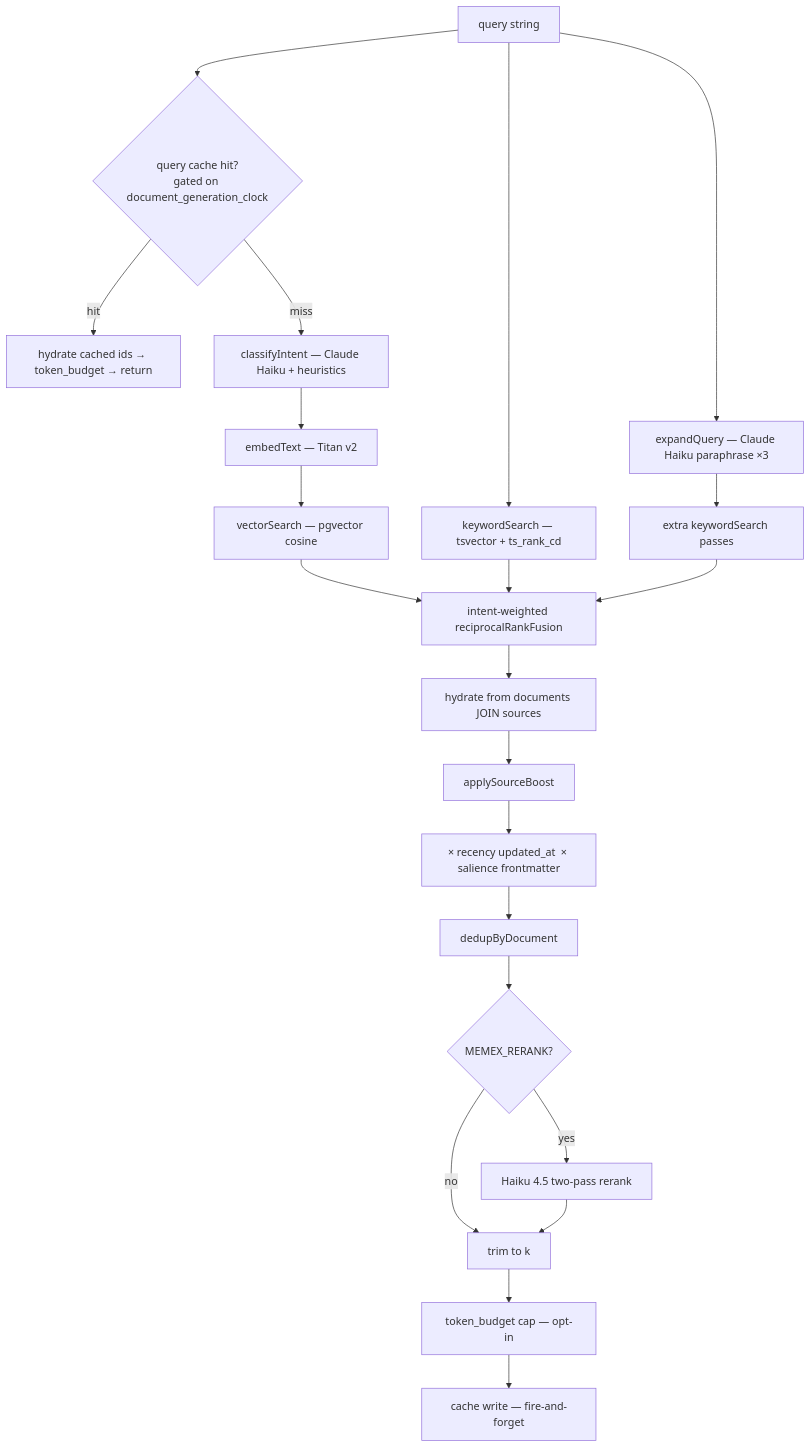
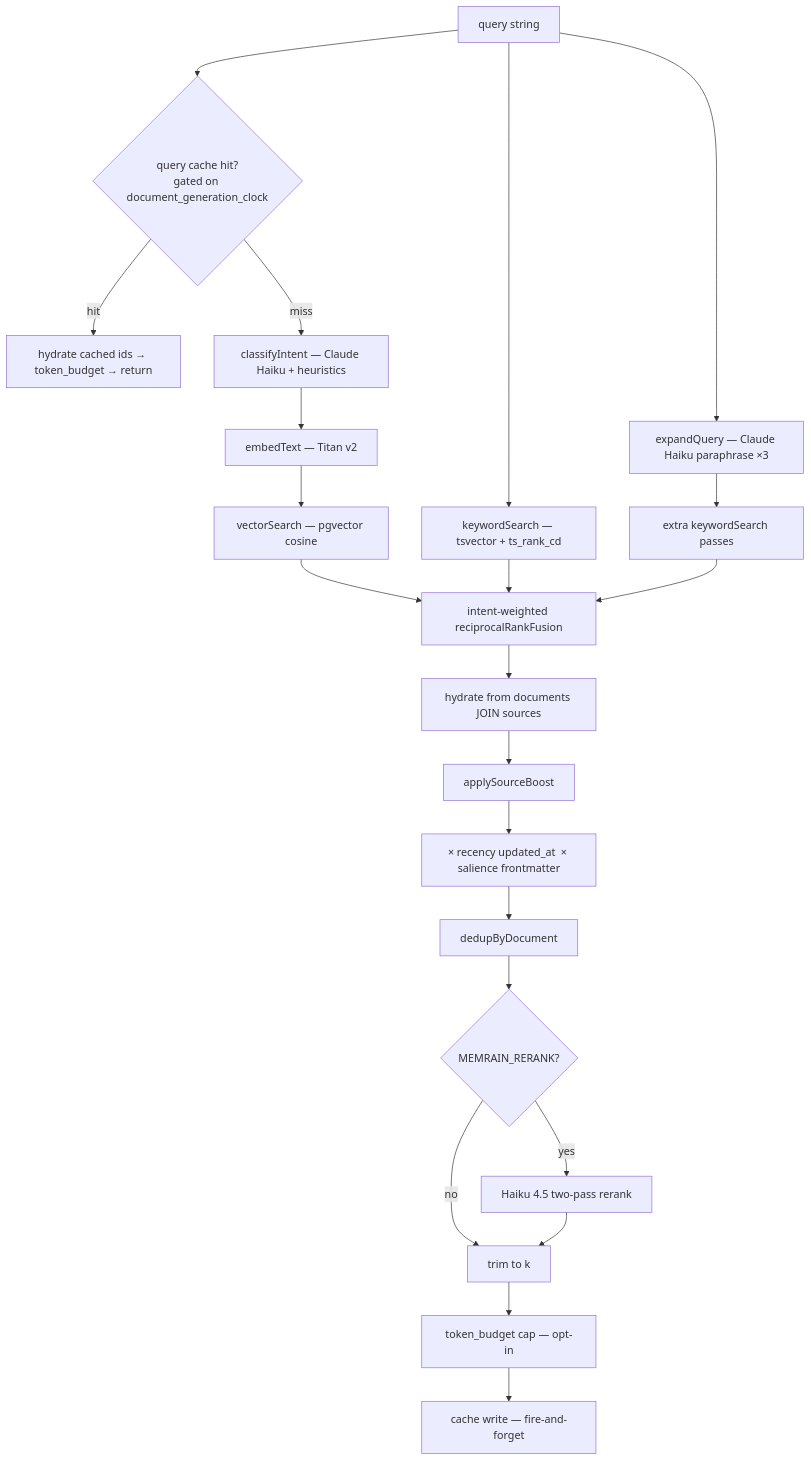
The second of 2 diagrams in deploy/memrain/docs/ARCHITECTURE.md (timurgaleev/memex), drawn with Mermaid before and after one commit. The commit also changed other lines of this file and 78 other files, not shown here.

````diff
--- a/deploy/memrain/docs/ARCHITECTURE.md
+++ b/deploy/memrain/docs/ARCHITECTURE.md
@@ -134,24 +134,24 @@
 ```mermaid
 flowchart TD
   Q[query string] --> C{query cache hit?\ngated on document_generation_clock}
   C -->|hit| OUT[hydrate cached ids → token_budget → return]
   C -->|miss| I[classifyIntent — Claude Haiku + heuristics]
   I --> E[embedText — Titan v2]
   E --> V[vectorSearch — pgvector cosine]
   Q --> K[keywordSearch — tsvector + ts_rank_cd]
   Q --> X[expandQuery — Claude Haiku paraphrase ×3]
   X --> K2[extra keywordSearch passes]
   V --> R[intent-weighted reciprocalRankFusion]
   K --> R
   K2 --> R
   R --> H[hydrate from documents JOIN sources]
   H --> B[applySourceBoost]
   B --> RS[× recency updated_at  × salience frontmatter]
   RS --> D[dedupByDocument]
-  D --> RR{MEMEX_RERANK?}
+  D --> RR{MEMRAIN_RERANK?}
   RR -->|yes| TP[Haiku 4.5 two-pass rerank]
   RR -->|no| TK[trim to k]
   TP --> TK
   TK --> TB[token_budget cap — opt-in]
   TB --> W[cache write — fire-and-forget]
 ```
````
